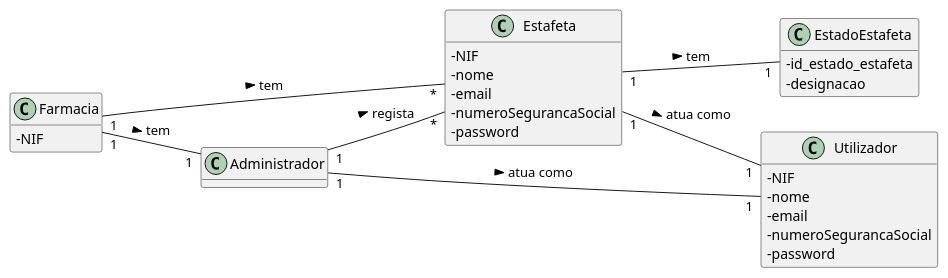
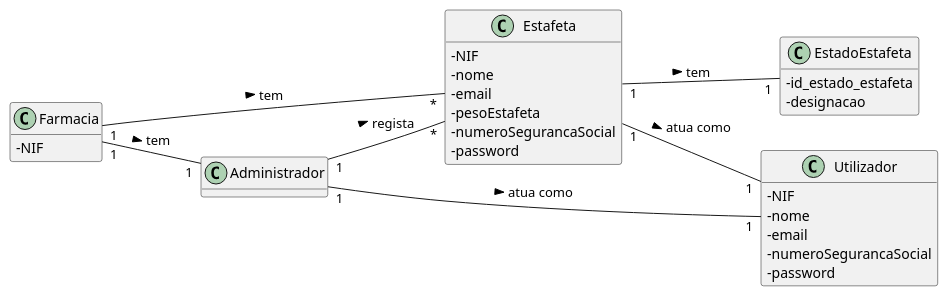
One commit to pedrolemos4/LAPR3 changed the diagram in docs/UC21/UC21_RegistarEstafetaMD.puml. Above: the diagram before and after it, drawn with PlantUML. The commit also changed 7 other files, not shown here.

```diff
--- a/docs/UC21/UC21_RegistarEstafetaMD.puml
+++ b/docs/UC21/UC21_RegistarEstafetaMD.puml
@@ -1,38 +1,39 @@
 @startuml
 skinparam classAttributeIconSize 0
 hide methods
 left to right direction
 
 class Farmacia {
   -NIF
 }
 
 class Estafeta {
   -NIF
   -nome
   -email
+  -pesoEstafeta
   -numeroSegurancaSocial
   -password
 }
 
 class EstadoEstafeta {
   -id_estado_estafeta
   -designacao
 }
 
 class Utilizador {
   -NIF
   -nome
   -email
   -numeroSegurancaSocial
   -password
 }
 
 Estafeta "1" -- "1" EstadoEstafeta: tem >
 Estafeta "1" -- "1" Utilizador: atua como >
 Administrador "1" -- "1" Utilizador: atua como >
 Administrador "1" -- "*" Estafeta: regista >
 Farmacia "1" -- "*" Estafeta: tem >
 Farmacia "1" -- "1" Administrador: tem >
 
 @enduml
```
